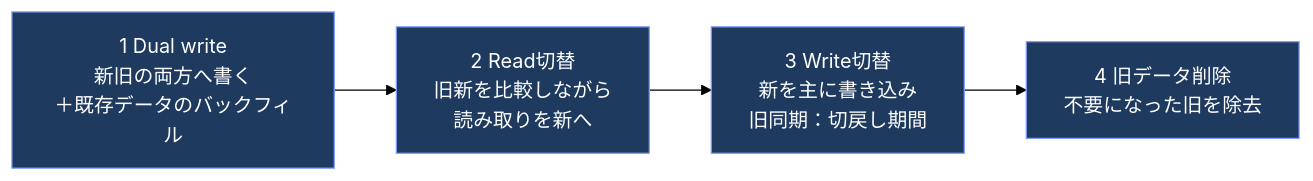
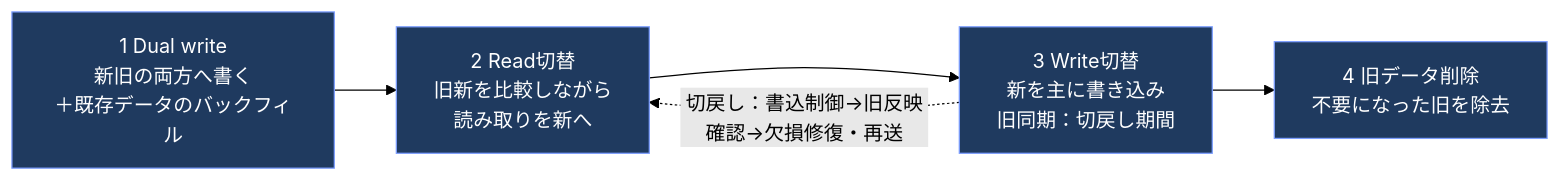
The ninth of 10 diagrams in Iso-29119-14-guide.md (myoshi2891/Quality-Assurance-Studies), drawn with Mermaid (forest theme) before and after one commit. The commit also changed other lines of this file and 1 other file, not shown here.

Commit message:
fix(iso29119-14): clarify orphan record query, add rollback path to dual write diagram, and improve checklist restore sync

````diff
--- a/Iso-29119-14-guide.md
+++ b/Iso-29119-14-guide.md
@@ -470,9 +471,10 @@
 ```mermaid
 flowchart LR
     DW1["1 Dual write<br/>新旧の両方へ書く<br/>＋既存データのバックフィル"] --> DW2["2 Read切替<br/>旧新を比較しながら<br/>読み取りを新へ"]
     DW2 --> DW3["3 Write切替<br/>新を主に書き込み<br/>旧同期：切戻し期間"]
+    DW3 -. "切戻し：書込制御→旧反映確認→欠損修復・再送" .-> DW2
     DW3 --> DW4["4 旧データ削除<br/>不要になった旧を除去"]
 
     classDef s fill:#1f3a5f,stroke:#7c9eff,color:#ffffff
     class DW1,DW2,DW3,DW4 s
 ```
````
